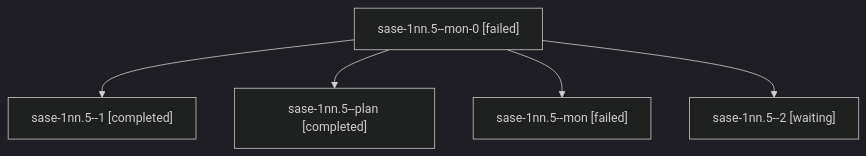
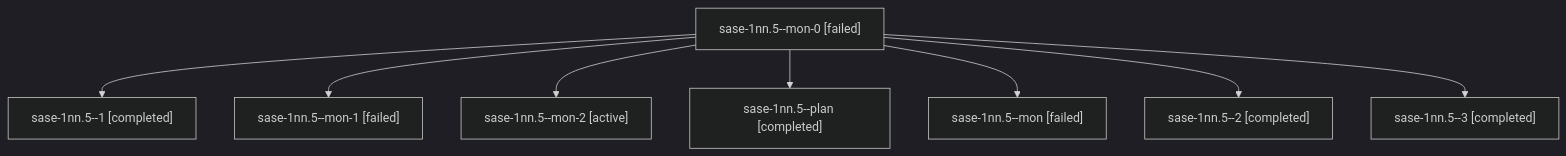
Before and after one commit to sase-org/sase--agents: the diagram in sessions/bbugyi200.athena.sase-1nn.5.md, drawn with Mermaid (dark theme). The commit also changed other lines of this file and 58 other files, not shown here.

````diff
--- a/sessions/bbugyi200.athena.sase-1nn.5.md
+++ b/sessions/bbugyi200.athena.sase-1nn.5.md
@@ -9,12 +9,18 @@
 ```mermaid
 flowchart TD
   n0["sase-1nn.5--mon-0 [failed]"]
   n1["sase-1nn.5--1 [completed]"]
   n0 --> n1
-  n2["sase-1nn.5--plan [completed]"]
+  n2["sase-1nn.5--mon-1 [failed]"]
   n0 --> n2
-  n3["sase-1nn.5--mon [failed]"]
+  n3["sase-1nn.5--mon-2 [active]"]
   n0 --> n3
-  n4["sase-1nn.5--2 [waiting]"]
+  n4["sase-1nn.5--plan [completed]"]
   n0 --> n4
+  n5["sase-1nn.5--mon [failed]"]
+  n0 --> n5
+  n6["sase-1nn.5--2 [completed]"]
+  n0 --> n6
+  n7["sase-1nn.5--3 [completed]"]
+  n0 --> n7
 ```
````
